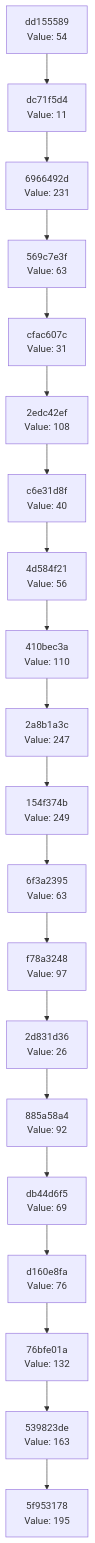
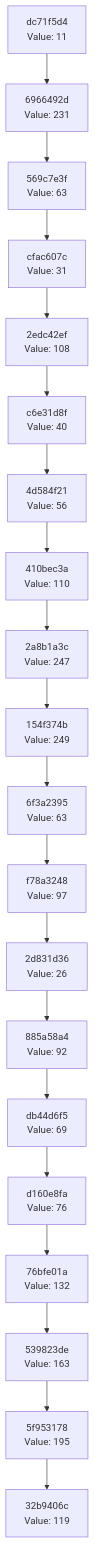
Before and after one commit to Abhisheksinha1506/hash-chain-evolver: the diagram in docs/CHAIN_VISUALIZATION.md, drawn with Mermaid. The commit also changed 3 other files, not shown here.

````diff
--- a/docs/CHAIN_VISUALIZATION.md
+++ b/docs/CHAIN_VISUALIZATION.md
@@ -3,42 +3,42 @@
 ```mermaid
 graph TD
-    C0["5f953178<br/>Value: 195"]
-    C1["539823de<br/>Value: 163"]
+    C0["32b9406c<br/>Value: 119"]
+    C1["5f953178<br/>Value: 195"]
     C1 --> C0
-    C2["76bfe01a<br/>Value: 132"]
+    C2["539823de<br/>Value: 163"]
     C2 --> C1
-    C3["d160e8fa<br/>Value: 76"]
+    C3["76bfe01a<br/>Value: 132"]
     C3 --> C2
-    C4["db44d6f5<br/>Value: 69"]
+    C4["d160e8fa<br/>Value: 76"]
     C4 --> C3
-    C5["885a58a4<br/>Value: 92"]
+    C5["db44d6f5<br/>Value: 69"]
     C5 --> C4
-    C6["2d831d36<br/>Value: 26"]
+    C6["885a58a4<br/>Value: 92"]
     C6 --> C5
-    C7["f78a3248<br/>Value: 97"]
+    C7["2d831d36<br/>Value: 26"]
     C7 --> C6
-    C8["6f3a2395<br/>Value: 63"]
+    C8["f78a3248<br/>Value: 97"]
     C8 --> C7
-    C9["154f374b<br/>Value: 249"]
+    C9["6f3a2395<br/>Value: 63"]
     C9 --> C8
-    C10["2a8b1a3c<br/>Value: 247"]
+    C10["154f374b<br/>Value: 249"]
     C10 --> C9
-    C11["410bec3a<br/>Value: 110"]
+    C11["2a8b1a3c<br/>Value: 247"]
     C11 --> C10
-    C12["4d584f21<br/>Value: 56"]
+    C12["410bec3a<br/>Value: 110"]
     C12 --> C11
-    C13["c6e31d8f<br/>Value: 40"]
+    C13["4d584f21<br/>Value: 56"]
     C13 --> C12
-    C14["2edc42ef<br/>Value: 108"]
+    C14["c6e31d8f<br/>Value: 40"]
     C14 --> C13
-    C15["cfac607c<br/>Value: 31"]
+    C15["2edc42ef<br/>Value: 108"]
     C15 --> C14
-    C16["569c7e3f<br/>Value: 63"]
+    C16["cfac607c<br/>Value: 31"]
     C16 --> C15
-    C17["6966492d<br/>Value: 231"]
+    C17["569c7e3f<br/>Value: 63"]
     C17 --> C16
-    C18["dc71f5d4<br/>Value: 11"]
+    C18["6966492d<br/>Value: 231"]
     C18 --> C17
-    C19["dd155589<br/>Value: 54"]
+    C19["dc71f5d4<br/>Value: 11"]
     C19 --> C18
 ```
````
